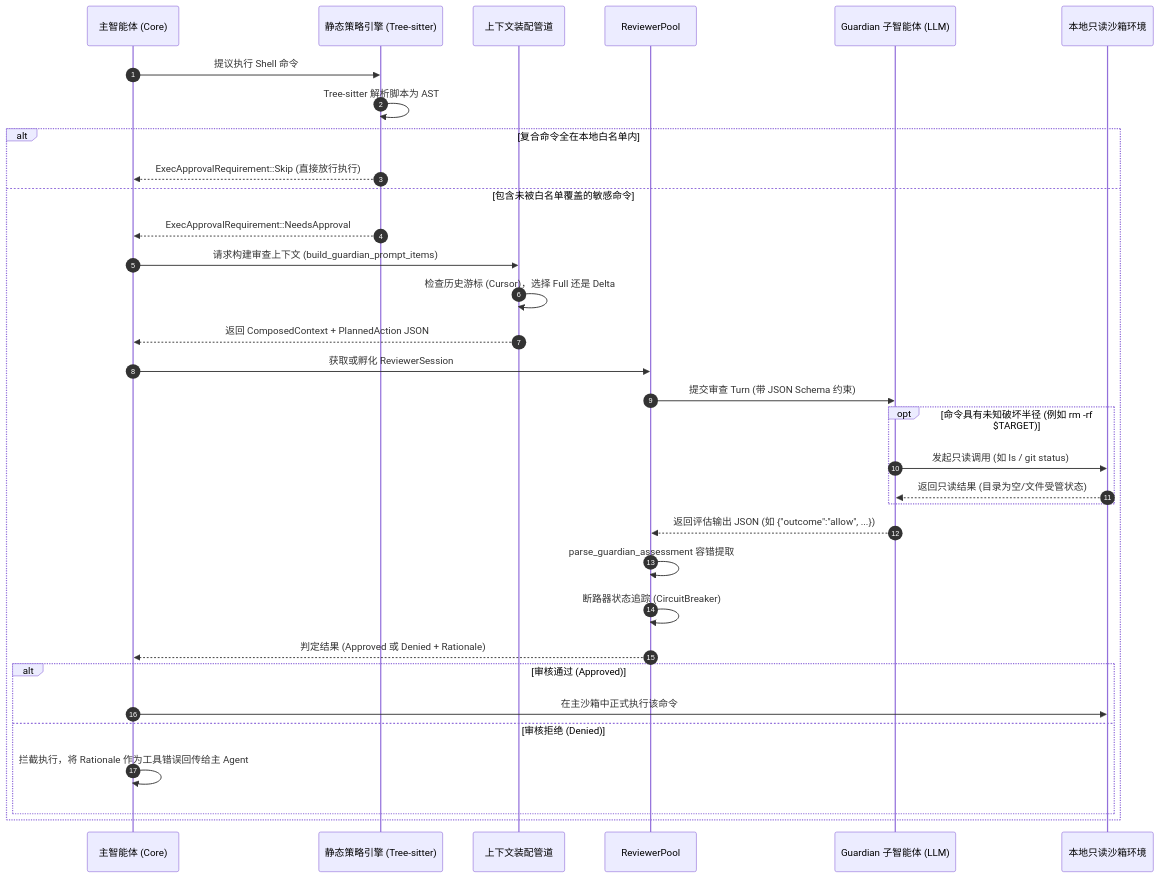
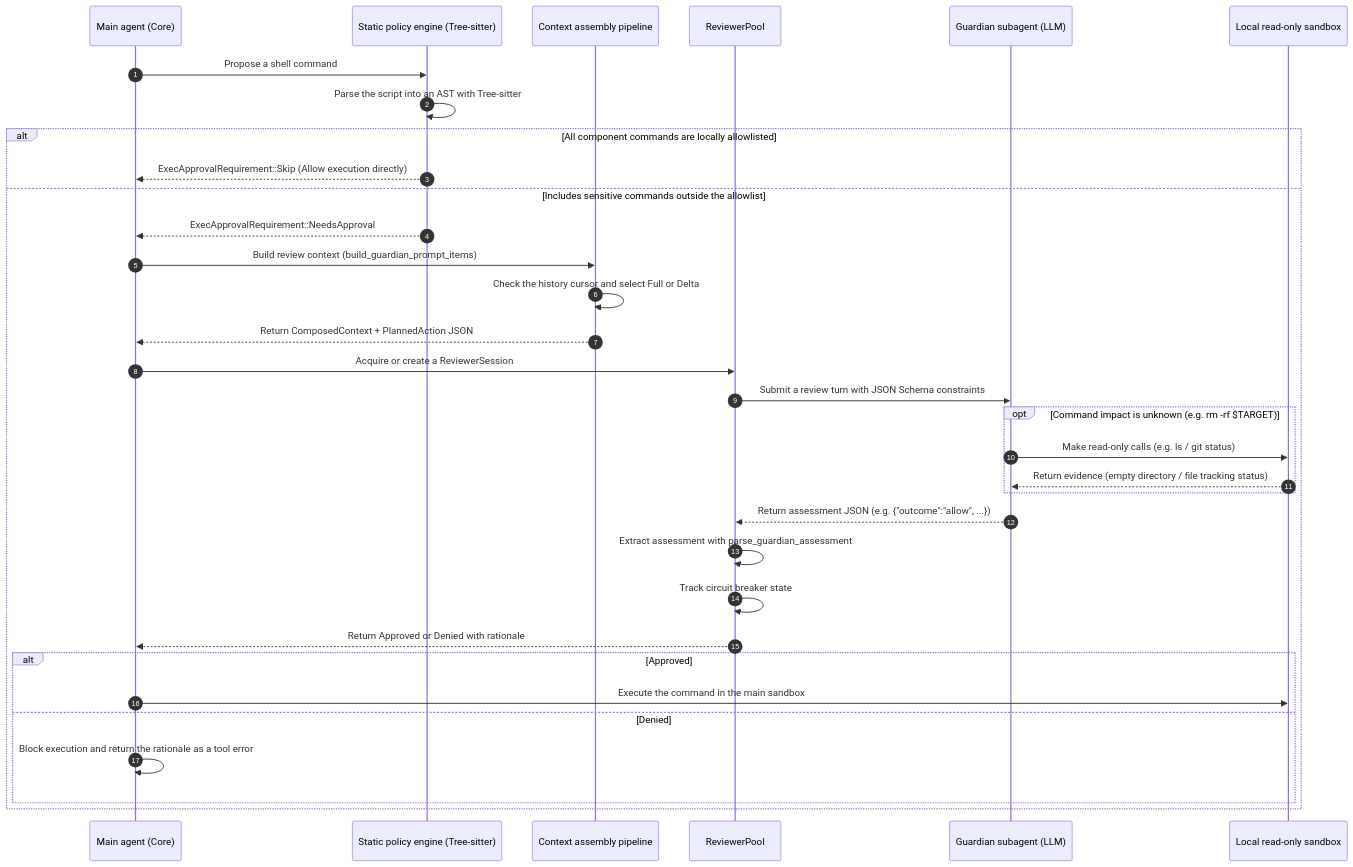
Before and after one commit to jjyr/agy-auto-approve: the second of 2 diagrams in docs/auto_approver_architecture.md, drawn with Mermaid. The commit also changed other lines of this file and 10 other files, not shown here.

````diff
--- a/docs/auto_approver_architecture.md
+++ b/docs/auto_approver_architecture.md
@@ -120,39 +120,39 @@
 ```mermaid
 sequenceDiagram
     autonumber
-    participant Agent as 主智能体 (Core)
-    participant ExecPolicy as 静态策略引擎 (Tree-sitter)
-    participant Context as 上下文装配管道
+    participant Agent as Main agent (Core)
+    participant ExecPolicy as Static policy engine (Tree-sitter)
+    participant Context as Context assembly pipeline
     participant Pool as ReviewerPool
-    participant Guardian as Guardian 子智能体 (LLM)
-    participant Env as 本地只读沙箱环境
+    participant Guardian as Guardian subagent (LLM)
+    participant Env as Local read-only sandbox
 
-    Agent->>ExecPolicy: 提议执行 Shell 命令
-    ExecPolicy->>ExecPolicy: Tree-sitter 解析脚本为 AST
-    alt 复合命令全在本地白名单内
-        ExecPolicy-->>Agent: ExecApprovalRequirement::Skip (直接放行执行)
-    else 包含未被白名单覆盖的敏感命令
+    Agent->>ExecPolicy: Propose a shell command
+    ExecPolicy->>ExecPolicy: Parse the script into an AST with Tree-sitter
+    alt All component commands are locally allowlisted
+        ExecPolicy-->>Agent: ExecApprovalRequirement::Skip (Allow execution directly)
+    else Includes sensitive commands outside the allowlist
         ExecPolicy-->>Agent: ExecApprovalRequirement::NeedsApproval
-        Agent->>Context: 请求构建审查上下文 (build_guardian_prompt_items)
-        Context->>Context: 检查历史游标 (Cursor)，选择 Full 还是 Delta
-        Context-->>Agent: 返回 ComposedContext + PlannedAction JSON
-        Agent->>Pool: 获取或孵化 ReviewerSession
-        Pool->>Guardian: 提交审查 Turn (带 JSON Schema 约束)
+        Agent->>Context: Build review context (build_guardian_prompt_items)
+        Context->>Context: Check the history cursor and select Full or Delta
+        Context-->>Agent: Return ComposedContext + PlannedAction JSON
+        Agent->>Pool: Acquire or create a ReviewerSession
+        Pool->>Guardian: Submit a review turn with JSON Schema constraints
         
-        opt 命令具有未知破坏半径 (例如 rm -rf $TARGET)
-            Guardian->>Env: 发起只读调用 (如 ls / git status)
-            Env-->>Guardian: 返回只读结果 (目录为空/文件受管状态)
+        opt Command impact is unknown (e.g. rm -rf $TARGET)
+            Guardian->>Env: Make read-only calls (e.g. ls / git status)
+            Env-->>Guardian: Return evidence (empty directory / file tracking status)
         end
 
-        Guardian-->>Pool: 返回评估输出 JSON (如 {"outcome":"allow", ...})
-        Pool->>Pool: parse_guardian_assessment 容错提取
-        Pool->>Pool: 断路器状态追踪 (CircuitBreaker)
-        Pool-->>Agent: 判定结果 (Approved 或 Denied + Rationale)
+        Guardian-->>Pool: Return assessment JSON (e.g. {"outcome":"allow", ...})
+        Pool->>Pool: Extract assessment with parse_guardian_assessment
+        Pool->>Pool: Track circuit breaker state
+        Pool-->>Agent: Return Approved or Denied with rationale
         
-        alt 审核通过 (Approved)
-            Agent->>Env: 在主沙箱中正式执行该命令
-        else 审核拒绝 (Denied)
-            Agent->>Agent: 拦截执行，将 Rationale 作为工具错误回传给主 Agent
+        alt Approved
+            Agent->>Env: Execute the command in the main sandbox
+        else Denied
+            Agent->>Agent: Block execution and return the rationale as a tool error
         end
     end
 ```
````
